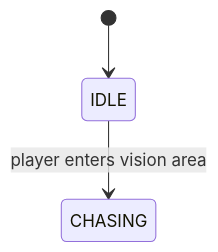
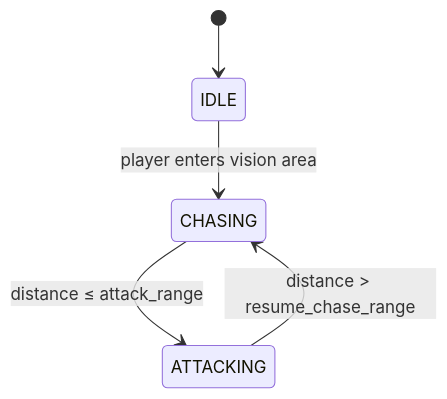
The diagram in entities/characters/NPC.md (nielssj/godot-topdown-base), drawn with Mermaid before and after one commit. The commit also changed other lines of this file and 3 other files, not shown here.

````diff
--- a/entities/characters/NPC.md
+++ b/entities/characters/NPC.md
@@ -7,5 +7,7 @@
 ```mermaid
 stateDiagram-v2
     [*] --> IDLE
     IDLE --> CHASING : player enters vision area
+    CHASING --> ATTACKING : distance ≤ attack_range
+    ATTACKING --> CHASING : distance > resume_chase_range
 ```
````
